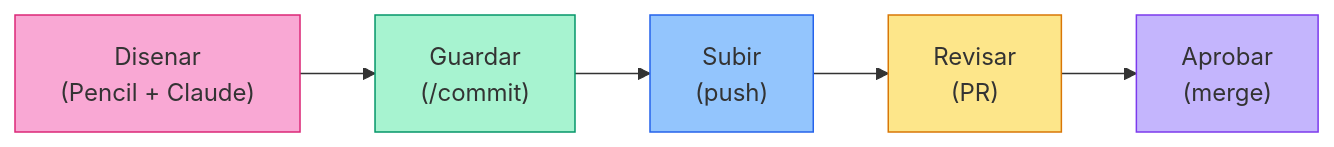
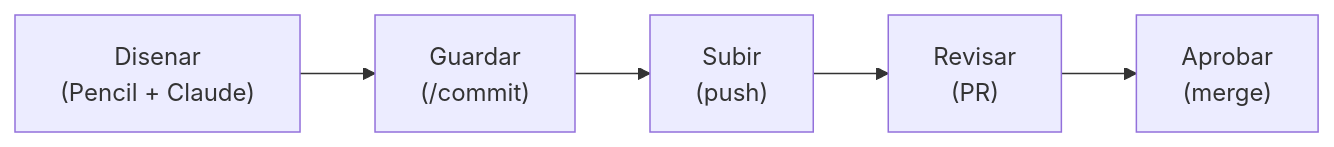
Before and after one commit to santimarro/guia-pauli-git: the ninth of 9 diagrams in guia-git-para-pauli.md, drawn with Mermaid. The commit also changed other lines of this file, not shown here.

Commit message:
remove custom mermaid colors for github dark mode compat

````diff
--- a/guia-git-para-pauli.md
+++ b/guia-git-para-pauli.md
@@ -587,13 +572,7 @@
 ```mermaid
 flowchart LR
     A["Disenar<br/>(Pencil + Claude)"] --> B["Guardar<br/>(/commit)"]
     B --> C["Subir<br/>(push)"]
     C --> D["Revisar<br/>(PR)"]
     D --> E["Aprobar<br/>(merge)"]
-
-    style A fill:#F9A8D4,stroke:#DB2777
-    style B fill:#A7F3D0,stroke:#059669
-    style C fill:#93C5FD,stroke:#2563EB
-    style D fill:#FDE68A,stroke:#D97706
-    style E fill:#C4B5FD,stroke:#7C3AED
 ```
````
